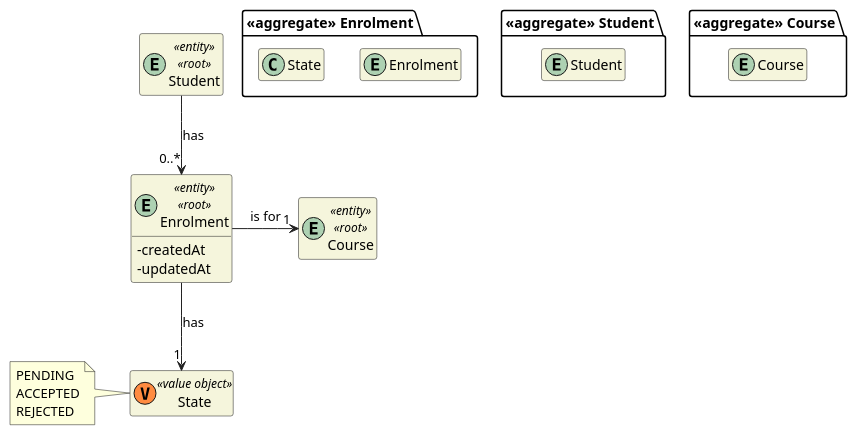
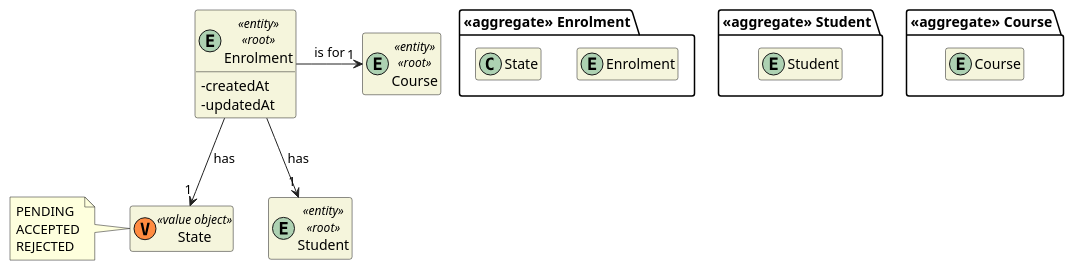
Before and after one commit to miseEnPlace-dev/lapr4: the diagram in docs/dm/DM_Enrolment.puml, drawn with PlantUML. The commit also changed 2 other files, not shown here.

Commit message:
docs: changed dm enrol as student (#7)

```diff
--- a/docs/dm/DM_Enrolment.puml
+++ b/docs/dm/DM_Enrolment.puml
@@ -1,50 +1,50 @@
 @startuml DM-ENROLMENT
 'https://plantuml.com/class-diagram
 
 skinparam classAttributeIconSize 0
 hide empty attributes
 hide empty methods
 skinparam classBackgroundColor beige
 skinparam ArrowColor #222222
 
 package "<<aggregate>> Enrolment" {
   entity Enrolment
 
   class State
 }
 
 
 entity Enrolment <<entity>> <<root>> {
   - createdAt
   - updatedAt
 }
 
 package "<<aggregate>> Student" {
   entity Student
 }
 
 
 entity Student <<entity>> <<root>> {
 }
 
 package "<<aggregate>> Course" {
   entity Course
 }
 
 
 entity Course <<entity>> <<root>> {
 }
 
 class State <<(V,#FF8B40) value object>> {}
 note left of State
   PENDING
   ACCEPTED
   REJECTED
 end note
 
 Enrolment --> "1" State : has
 
-Student --> "0..*" Enrolment : has
+Enrolment --> "1" Student : has
 Enrolment -> "1" Course : is for
 
 @enduml
```
